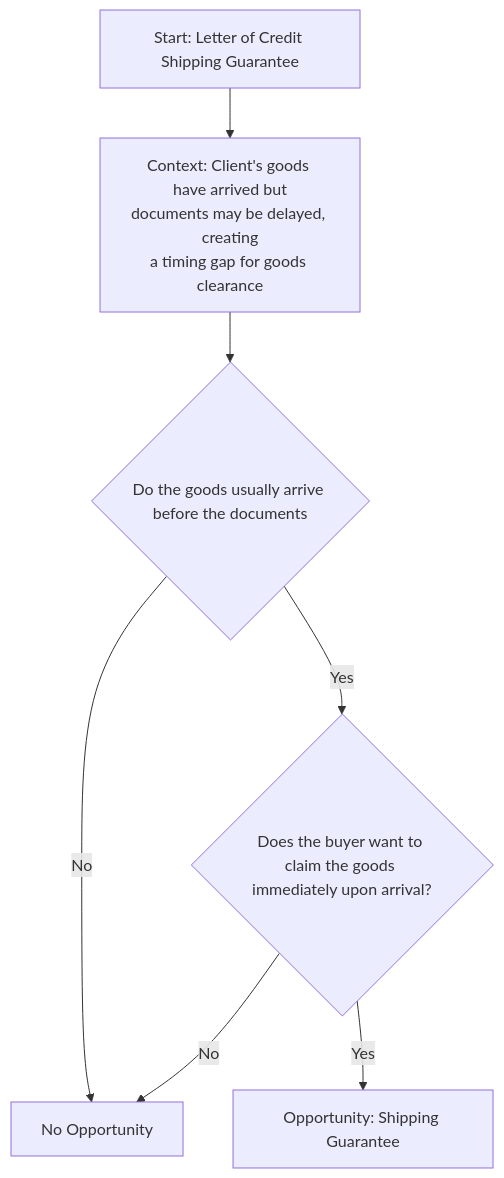
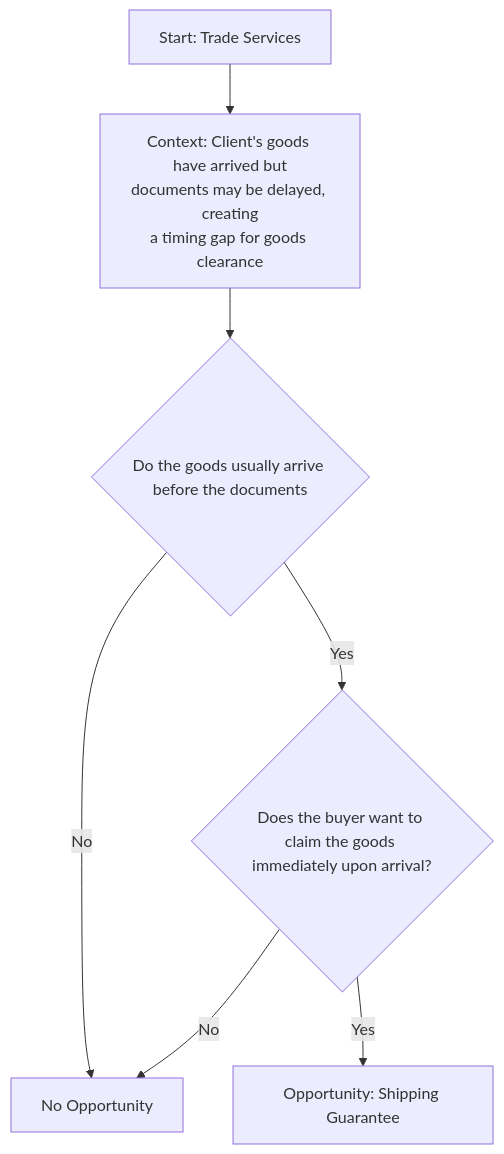
Before and after one commit to sage-develop/why: the diagram in tvc_decision_trees/lc_decision_trees/trade_services_tree.md, drawn with Mermaid. The commit also changed other lines of this file and 3 other files, not shown here.

Commit message:
update Shipping guarantee tree to be Payment services

````diff
--- a/tvc_decision_trees/lc_decision_trees/trade_services_tree.md
+++ b/tvc_decision_trees/lc_decision_trees/trade_services_tree.md
@@ -14,10 +14,10 @@
 ```mermaid
-%% Letter of Credit Shipping Guarantee
+%% Letter of Credit Trade Services tree
 flowchart TD
-    Start[Start: Letter of Credit Shipping Guarantee] --> A[Context: Client's goods have arrived but<br>documents may be delayed, creating<br>a timing gap for goods clearance]
+    Start[Start: Trade Services] --> A[Context: Client's goods have arrived but<br>documents may be delayed, creating<br>a timing gap for goods clearance]
     A --> B{Do the goods usually arrive before the documents}
     B -->|No| C[No Opportunity]
     B -->|Yes| D{Does the buyer want to claim the goods immediately upon arrival?}
     D -->|No| C
     D -->|Yes| E[Opportunity: Shipping Guarantee]
 ```
````
